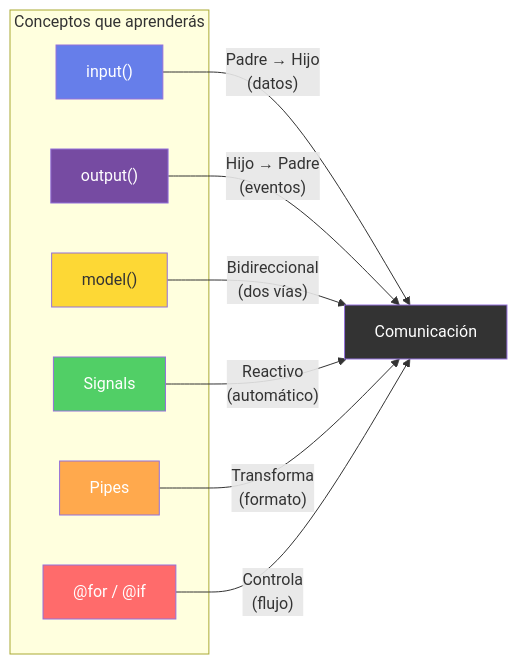
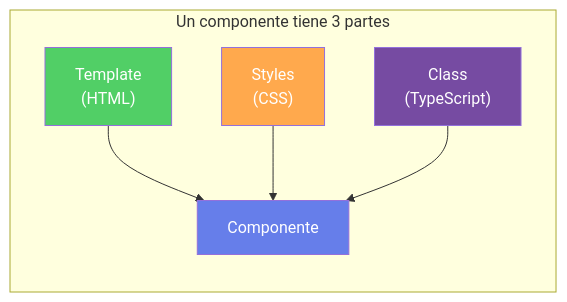
The second of 7 diagrams in 03-componentes-input/README.md (edgardo001/angular-mastery-roadmap), drawn with Mermaid before and after one commit. The commit also changed other lines of this file and 2 other files, not shown here.

Commit message:
feat: actualizar README y componentes para reflejar la nueva API de signals en Angular 17+

````diff
--- a/03-componentes-input/README.md
+++ b/03-componentes-input/README.md
@@ -7,26 +149,13 @@
 ```mermaid
 graph LR
-    subgraph "Conceptos que aprenderás"
-        A["input()"]
-        B["output()"]
-        C["model()"]
-        D["Signals"]
-        E["Pipes"]
-        F["@for / @if"]
+    subgraph "Un componente tiene 3 partes"
+        A["Template<br/>(HTML)"] --> D["Componente"]
+        B["Styles<br/>(CSS)"] --> D
+        C["Class<br/>(TypeScript)"] --> D
     end
 
-    A -->|"Padre → Hijo<br/>(datos)"| G["Comunicación"]
-    B -->|"Hijo → Padre<br/>(eventos)"| G
-    C -->|"Bidireccional<br/>(dos vías)"| G
-    D -->|"Reactivo<br/>(automático)"| G
-    E -->|"Transforma<br/>(formato)"| G
-    F -->|"Controla<br/>(flujo)"| G
-
-    style A fill:#667eea,color:#fff
-    style B fill:#764ba2,color:#fff
-    style C fill:#fdd835,color:#333
-    style D fill:#51cf66,color:#fff
-    style E fill:#ffa94d,color:#fff
-    style F fill:#ff6b6b,color:#fff
-    style G fill:#333,color:#fff
+    style D fill:#667eea,color:#fff
+    style A fill:#51cf66,color:#fff
+    style B fill:#ffa94d,color:#fff
+    style C fill:#764ba2,color:#fff
 ```
````
